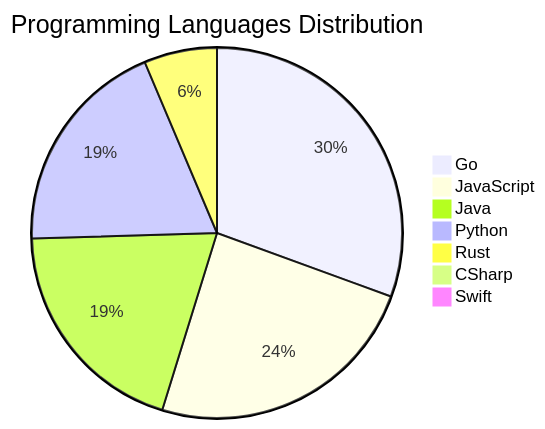
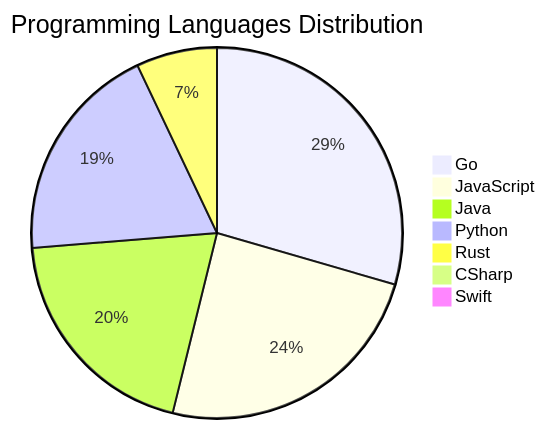
Before and after one commit to Derrick-MUGISHA/github-activity-bot: the diagram in README.md, drawn with Mermaid. The commit also changed other lines of this file and 4 other files, not shown here.

````diff
--- a/README.md
+++ b/README.md
@@ -207,10 +207,10 @@
 ```mermaid
 pie title Programming Languages Distribution
-    "Go" : 48
+    "Go" : 46
     "JavaScript" : 38
     "Java" : 31
     "Python" : 30
-    "Rust" : 10
+    "Rust" : 11
     "CSharp" : 1
     "Swift" : 1
 ```
````
